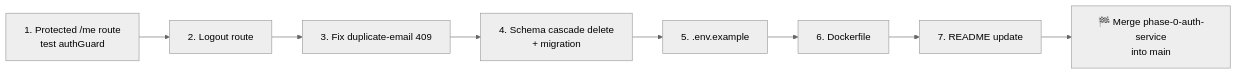
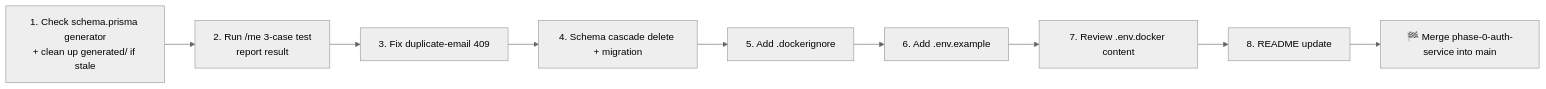
The diagram in services/auth-service/md/update/Auth_service_progress.MD (ritam-g/GOOGLE_MEET), drawn with Mermaid (neutral theme) before and after one commit. The commit also changed other lines of this file, not shown here.

Commit message:
docs(auth-service): update progress tracker to reflect current project status and confirm project structure

````diff
--- a/services/auth-service/md/update/Auth_service_progress.MD
+++ b/services/auth-service/md/update/Auth_service_progress.MD
@@ -167,10 +122,11 @@
 ```mermaid
 flowchart LR
-    A[1. Protected /me route<br/>test authGuard] --> B[2. Logout route]
+    A[1. Check schema.prisma generator<br/>+ clean up generated/ if stale] --> B[2. Run /me 3-case test<br/>report result]
     B --> C[3. Fix duplicate-email 409]
-    C --> D[4. Schema cascade delete<br/>+ migration]
-    D --> E[5. .env.example]
-    E --> F[6. Dockerfile]
-    F --> G[7. README update]
-    G --> H[🏁 Merge phase-0-auth-service<br/>into main]
+    C --> D[4. Schema cascade delete + migration]
+    D --> E[5. Add .dockerignore]
+    E --> F[6. Add .env.example]
+    F --> G[7. Review .env.docker content]
+    G --> H[8. README update]
+    H --> I[🏁 Merge phase-0-auth-service into main]
 ```
````
